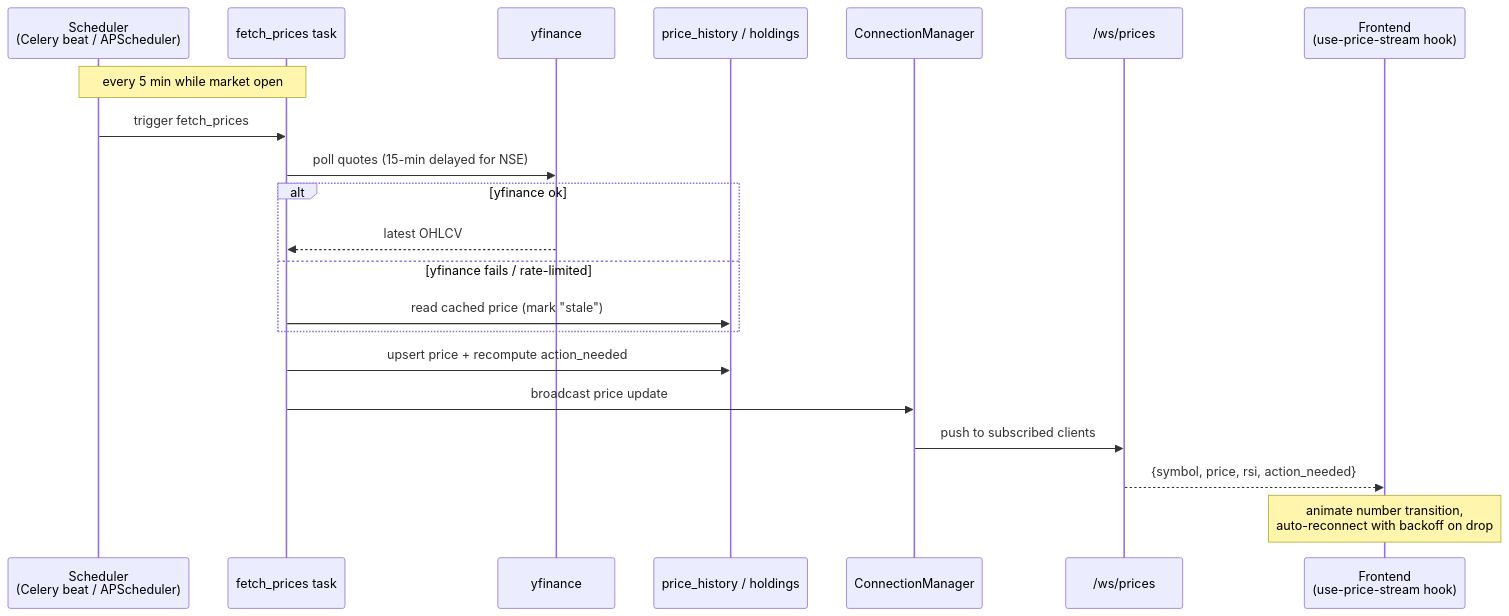
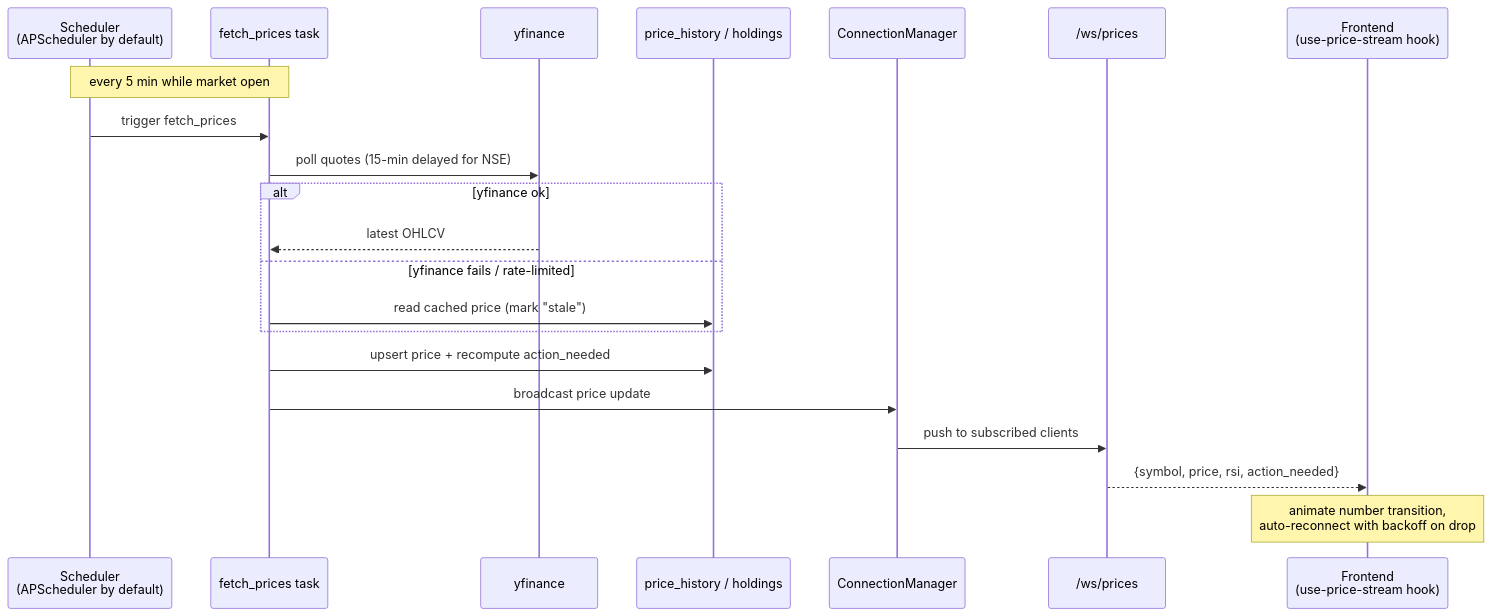
The third of 3 diagrams in docs/architecture.md (ankitkumar9018/FinanceTracking), drawn with Mermaid before and after one commit. The commit also changed other lines of this file and 48 other files, not shown here.

First line of the commit message:
Fix audit findings: accessibility, UX flows, render performance, docs accuracy

````diff
--- a/docs/architecture.md
+++ b/docs/architecture.md
@@ -545,24 +566,24 @@
 ```mermaid
 sequenceDiagram
-    participant SCHED as Scheduler<br/>(Celery beat / APScheduler)
+    participant SCHED as Scheduler<br/>(APScheduler by default)
     participant FETCH as fetch_prices task
     participant YF as yfinance
     participant DB as price_history / holdings
     participant CM as ConnectionManager
     participant WS as /ws/prices
     participant FE as Frontend<br/>(use-price-stream hook)
 
     Note over SCHED,FETCH: every 5 min while market open
     SCHED->>FETCH: trigger fetch_prices
     FETCH->>YF: poll quotes (15-min delayed for NSE)
     alt yfinance ok
         YF-->>FETCH: latest OHLCV
     else yfinance fails / rate-limited
         FETCH->>DB: read cached price (mark "stale")
     end
     FETCH->>DB: upsert price + recompute action_needed
     FETCH->>CM: broadcast price update
     CM->>WS: push to subscribed clients
     WS-->>FE: {symbol, price, rsi, action_needed}
     Note over FE: animate number transition,<br/>auto-reconnect with backoff on drop
 ```
````
